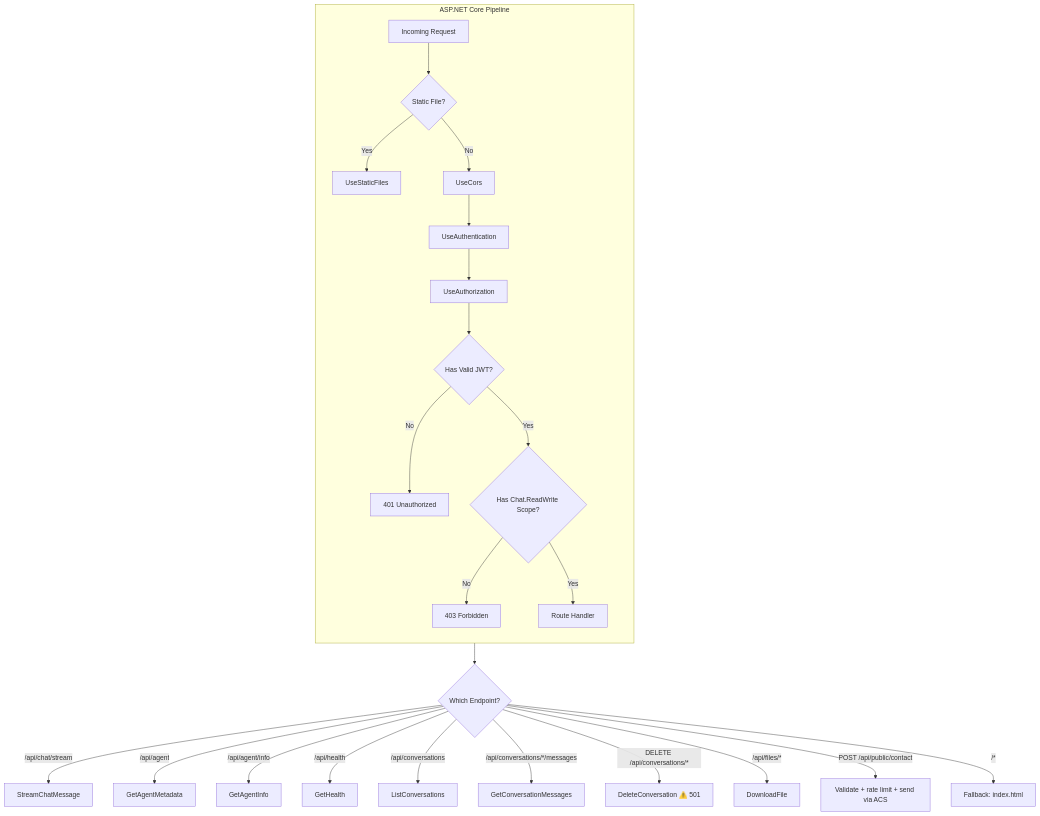
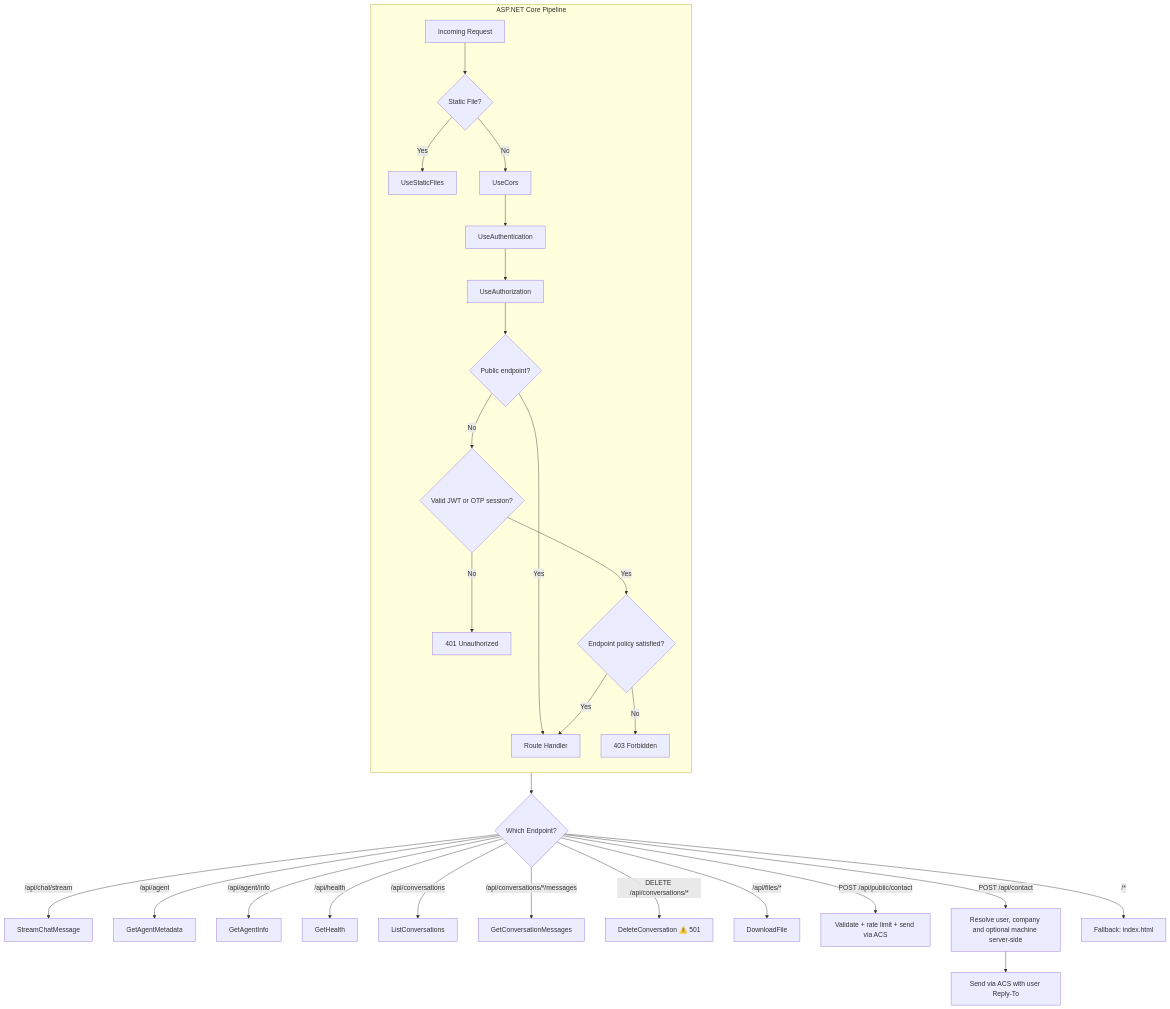
The first of 10 diagrams in ARCHITECTURE-FLOW.md (XcannesOlivier/diaglink), drawn with Mermaid before and after one commit. The commit also changed other lines of this file and 11 other files, not shown here.

````diff
--- a/ARCHITECTURE-FLOW.md
+++ b/ARCHITECTURE-FLOW.md
@@ -20,28 +20,32 @@
 ```mermaid
 flowchart TB
     subgraph Middleware["ASP.NET Core Pipeline"]
         direction TB
         A[Incoming Request] --> B{Static File?}
         B -->|Yes| C[UseStaticFiles]
         B -->|No| D[UseCors]
         D --> E[UseAuthentication]
         E --> F[UseAuthorization]
-        F --> G{Has Valid JWT?}
-        G -->|No| H[401 Unauthorized]
-        G -->|Yes| I{Has Chat.ReadWrite Scope?}
-        I -->|No| J[403 Forbidden]
-        I -->|Yes| K[Route Handler]
+        F --> G{Public endpoint?}
+        G -->|Yes| K[Route Handler]
+        G -->|No| H{Valid JWT or OTP session?}
+        H -->|No| J[401 Unauthorized]
+        H -->|Yes| I{Endpoint policy satisfied?}
+        I -->|No| O[403 Forbidden]
+        I -->|Yes| K
     end
 
     K --> L{Which Endpoint?}
     L -->|/api/chat/stream| M[StreamChatMessage]
     L -->|/api/agent| N[GetAgentMetadata]
     L -->|/api/agent/info| Q[GetAgentInfo]
-    L -->|/api/health| O[GetHealth]
+    L -->|/api/health| W[GetHealth]
     L -->|/api/conversations| R[ListConversations]
     L -->|/api/conversations/*/messages| S[GetConversationMessages]
     L -->|DELETE /api/conversations/*| T[DeleteConversation ⚠️ 501]
     L -->|/api/files/*| U[DownloadFile]
     L -->|POST /api/public/contact| V[Validate + rate limit + send via ACS]
+    L -->|POST /api/contact| X[Resolve user, company and optional machine server-side]
+    X --> Y[Send via ACS with user Reply-To]
     L -->|/*| P[Fallback: index.html]
 ```
````
